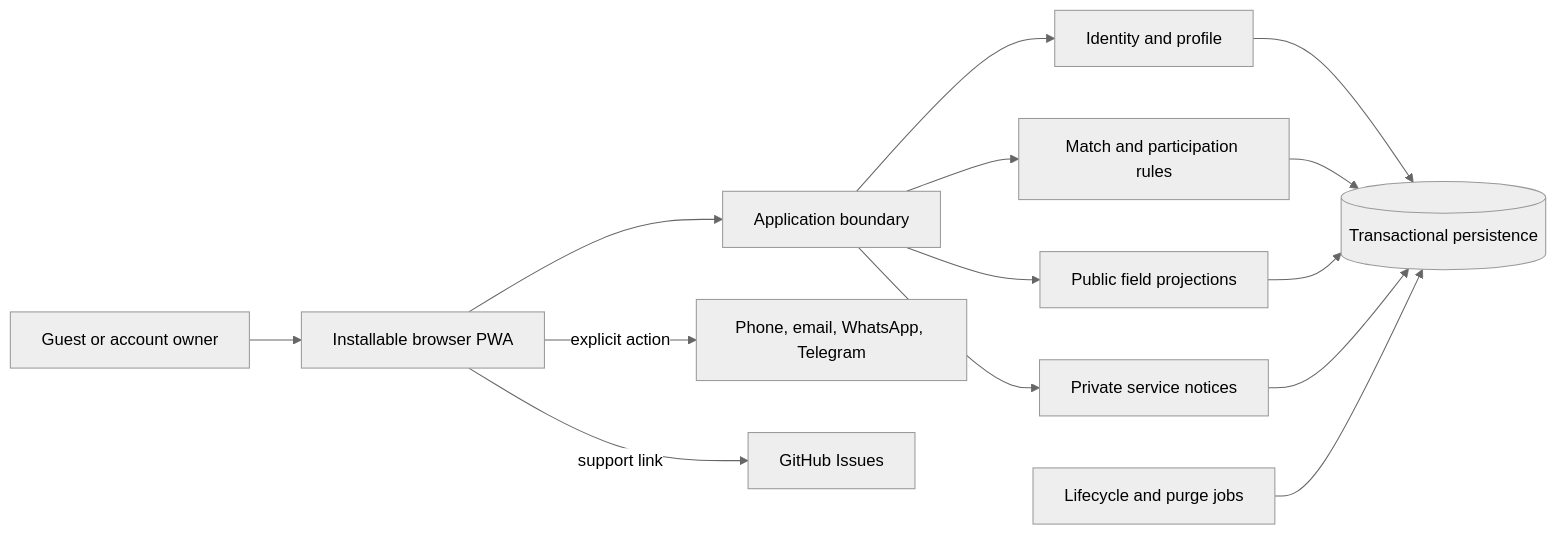
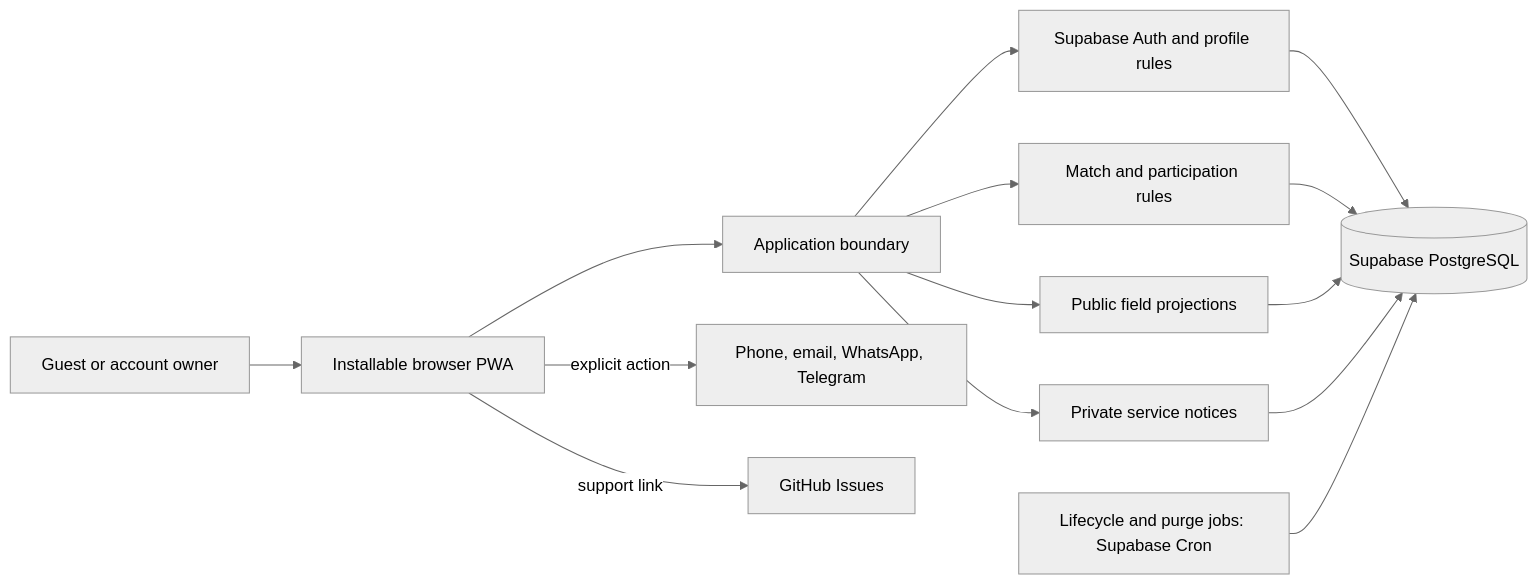
One commit to mohamadrezakoohkan/open-sports changed the diagram in docs/architecture/technical-overview.md. Above: the diagram before and after it, drawn with Mermaid (neutral theme). The commit also changed other lines of this file and 22 other files, not shown here.

````diff
--- a/docs/architecture/technical-overview.md
+++ b/docs/architecture/technical-overview.md
@@ -17,16 +25,16 @@
 ```mermaid
 flowchart LR
     Visitor[Guest or account owner] --> PWA[Installable browser PWA]
     PWA --> API[Application boundary]
-    API --> Identity[Identity and profile]
+    API --> Identity[Supabase Auth and profile rules]
     API --> Matches[Match and participation rules]
     API --> Public[Public field projections]
     API --> Notices[Private service notices]
-    Identity --> Store[(Transactional persistence)]
+    Identity --> Store[(Supabase PostgreSQL)]
     Matches --> Store
     Public --> Store
     Notices --> Store
-    Jobs[Lifecycle and purge jobs] --> Store
+    Jobs[Lifecycle and purge jobs: Supabase Cron] --> Store
     PWA -->|explicit action| External[Phone, email, WhatsApp, Telegram]
     PWA -->|support link| Issues[GitHub Issues]
 ```
````
